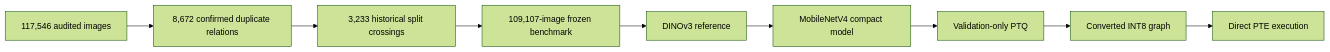
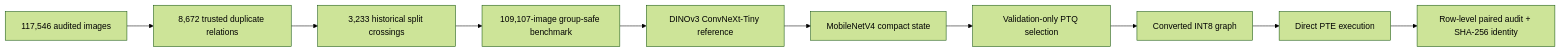
One commit to rana-m-ahmed/ResearchWork-CropCop changed the diagram in README.md. Above: the diagram before and after it, drawn with Mermaid (forest theme). The commit also changed other lines of this file, not shown here.

````diff
--- a/README.md
+++ b/README.md
@@ -31,11 +72,12 @@
 ```mermaid
 flowchart LR
-    A[117,546 audited images] --> B[8,672 confirmed duplicate relations]
+    A[117,546 audited images] --> B[8,672 trusted duplicate relations]
     B --> C[3,233 historical split crossings]
-    C --> D[109,107-image frozen benchmark]
-    D --> E[DINOv3 reference]
-    E --> F[MobileNetV4 compact model]
-    F --> G[Validation-only PTQ]
+    C --> D[109,107-image group-safe benchmark]
+    D --> E[DINOv3 ConvNeXt-Tiny reference]
+    E --> F[MobileNetV4 compact state]
+    F --> G[Validation-only PTQ selection]
     G --> H[Converted INT8 graph]
     H --> I[Direct PTE execution]
+    I --> J[Row-level paired audit + SHA-256 identity]
 ```
````
